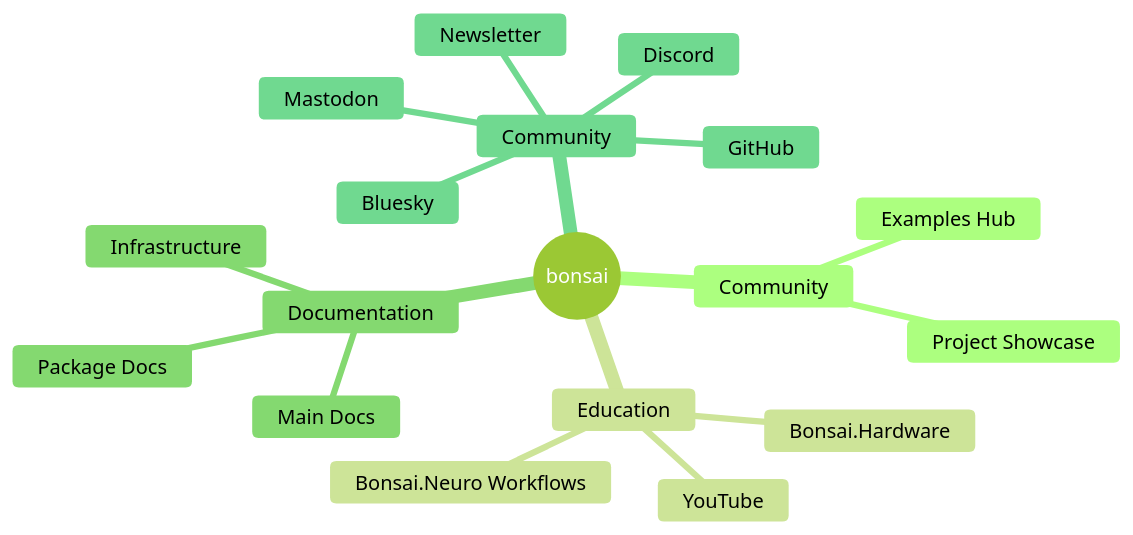
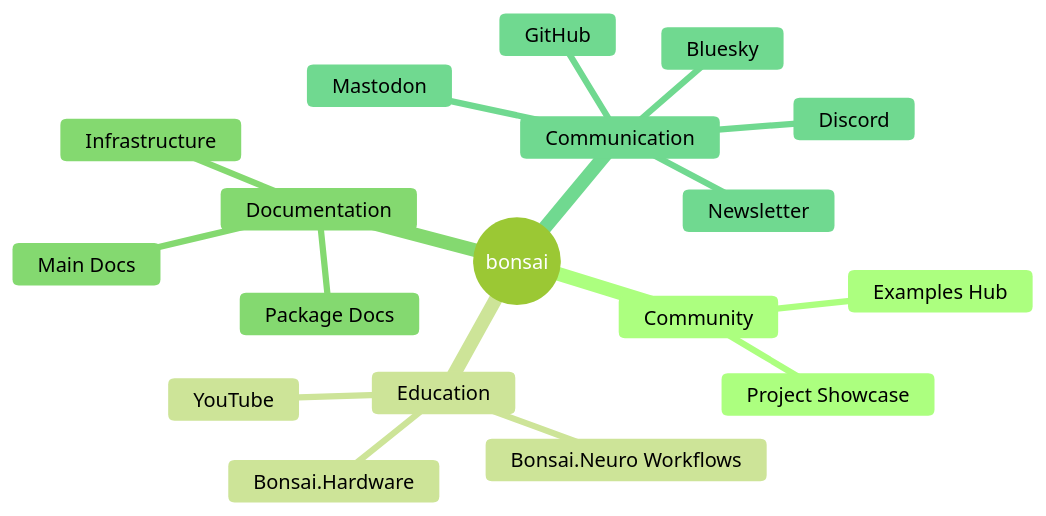
The diagram in README.md (banchan86/bonsai_docs_roadmap), drawn with Mermaid (forest theme) before and after one commit.

Commit message:
Fix typo in mindmap

````diff
--- a/README.md
+++ b/README.md
@@ -5,21 +5,21 @@
 ```mermaid
 mindmap
   root((bonsai))
     Community
       Examples Hub
       Project Showcase
     Education
       Bonsai.Hardware
       Bonsai.Neuro Workflows
       YouTube
     Documentation
         Infrastructure
         Main Docs
         Package Docs
-    Community
+    Communication
       GitHub
       Discord
       Bluesky
       Mastodon
       Newsletter
 ```
````
